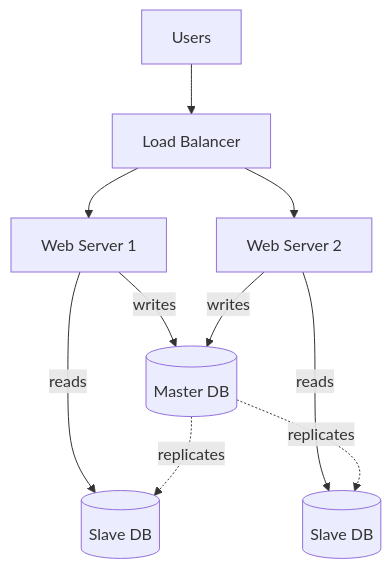
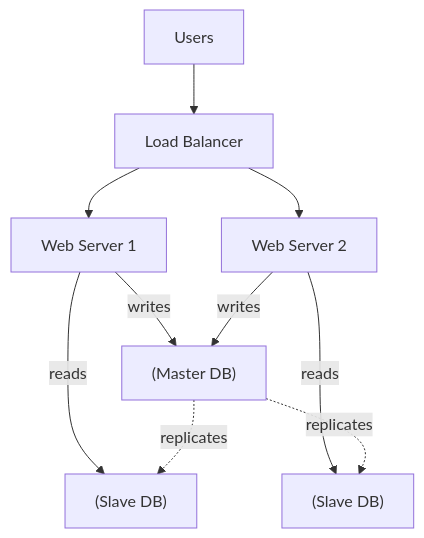
The second of 4 diagrams in files/Book-System-Design-Vol-1/01-scale-zero-to-millions.md (pankajThakur1874/studysheet), drawn with Mermaid before and after one commit. The commit also changed other lines of this file and 102 other files, not shown here.

Commit message:
Auto-fix Mermaid diagram syntax across all study guides to prevent Syntax Error in Mermaid v10

````diff
--- a/files/Book-System-Design-Vol-1/01-scale-zero-to-millions.md
+++ b/files/Book-System-Design-Vol-1/01-scale-zero-to-millions.md
@@ -78,12 +78,12 @@
 ```mermaid
 flowchart TD
     U[Users] --> LB[Load Balancer]
     LB --> S1[Web Server 1]
     LB --> S2[Web Server 2]
-    S1 -->|reads| SL1[(Slave DB)]
-    S2 -->|reads| SL2[(Slave DB)]
-    S1 -->|writes| M[(Master DB)]
+    S1 -->|reads| SL1["(Slave DB)"]
+    S2 -->|reads| SL2["(Slave DB)"]
+    S1 -->|writes| M["(Master DB)"]
     S2 -->|writes| M
     M -.replicates.-> SL1
     M -.replicates.-> SL2
 ```
````
